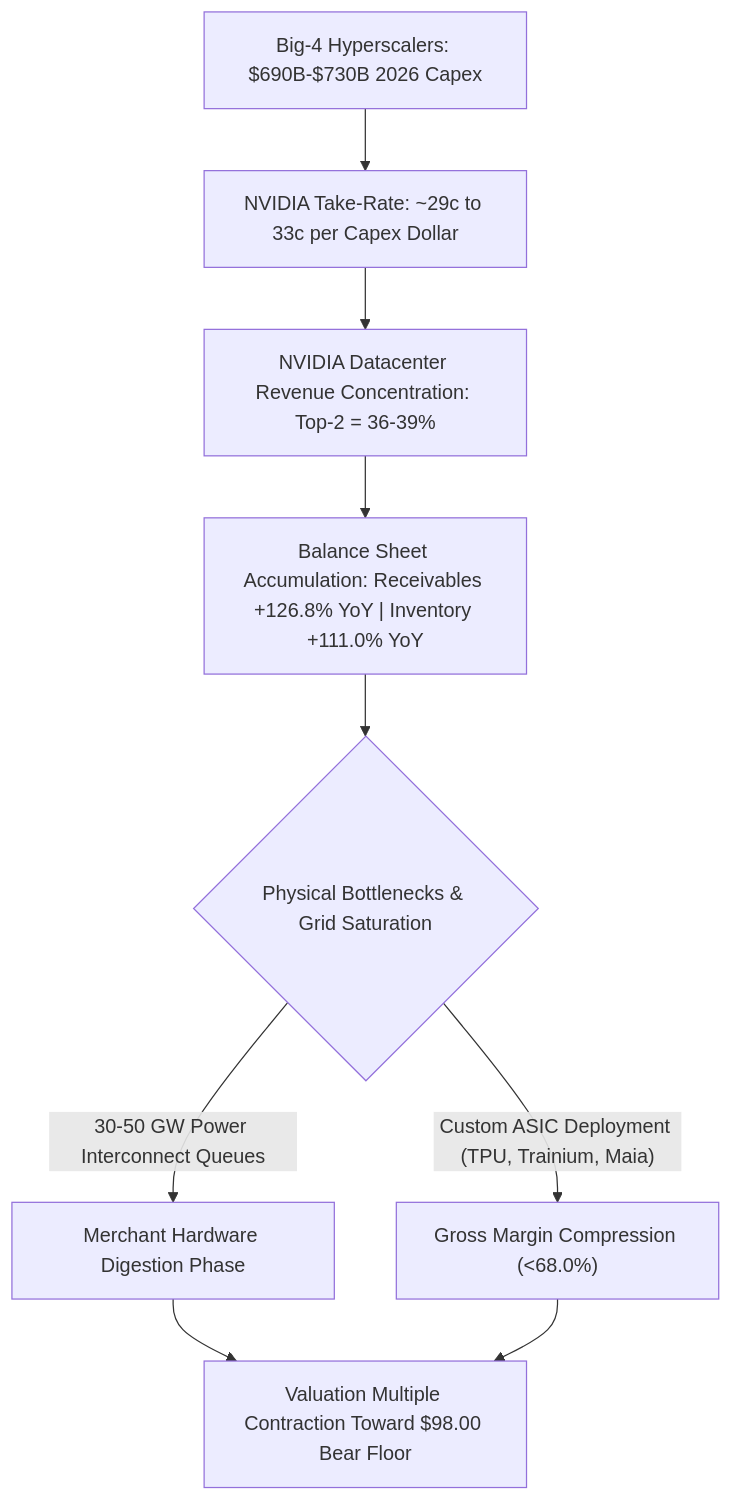
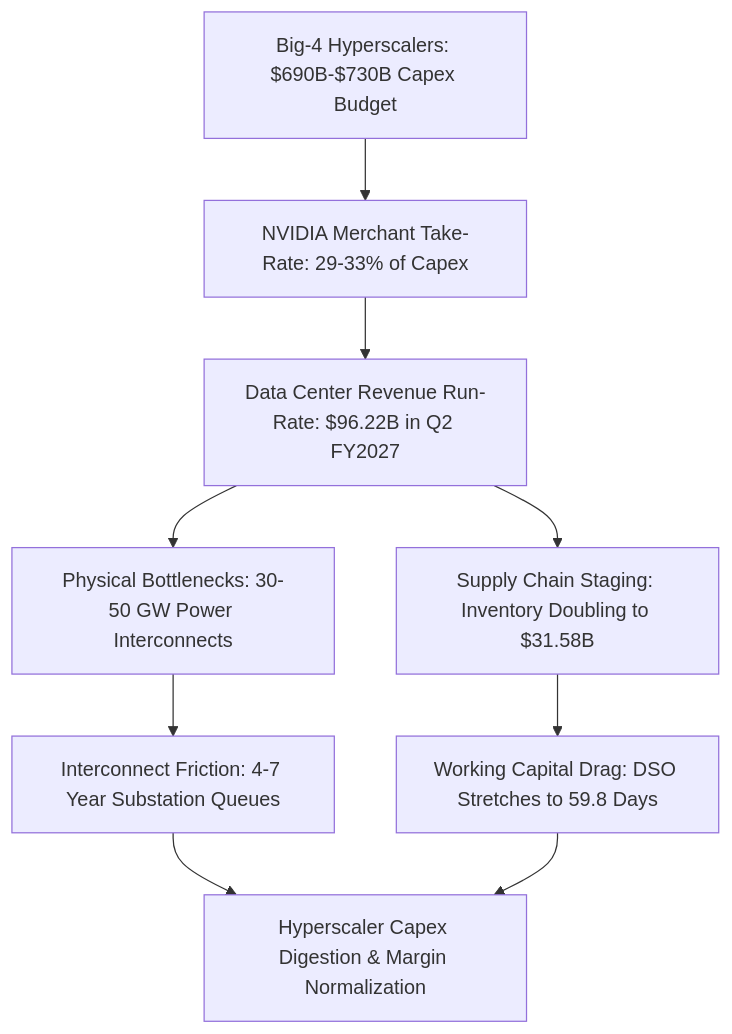
The first of 2 diagrams in web/src/content/articles/nvda-nvda-2026-09-28-002.md (Unheat/memeTrading), drawn with Mermaid before and after one commit. The commit also changed other lines of this file and 6 other files, not shown here.

````diff
--- a/web/src/content/articles/nvda-nvda-2026-09-28-002.md
+++ b/web/src/content/articles/nvda-nvda-2026-09-28-002.md
@@ -91,11 +93,11 @@
 ```mermaid
 flowchart TD
-  A["Big-4 Hyperscalers: $690B-$730B 2026 Capex"] --> B["NVIDIA Take-Rate: ~29c to 33c per Capex Dollar"]
-  B --> C["NVIDIA Datacenter Revenue Concentration: Top-2 = 36-39%"]
-  C --> D["Balance Sheet Accumulation: Receivables +126.8% YoY | Inventory +111.0% YoY"]
-  D --> E{"Physical Bottlenecks & Grid Saturation"}
-  E -->|"30-50 GW Power Interconnect Queues"| F["Merchant Hardware Digestion Phase"]
-  E -->|"Custom ASIC Deployment (TPU, Trainium, Maia)"| G["Gross Margin Compression (<68.0%)"]
-  F --> H["Valuation Multiple Contraction Toward $98.00 Bear Floor"]
-  G --> H
+A["Big-4 Hyperscalers: $690B-$730B Capex Budget"] --> B["NVIDIA Merchant Take-Rate: 29-33% of Capex"]
+B --> C["Data Center Revenue Run-Rate: $96.22B in Q2 FY2027"]
+C --> D["Physical Bottlenecks: 30-50 GW Power Interconnects"]
+C --> E["Supply Chain Staging: Inventory Doubling to $31.58B"]
+D --> F["Interconnect Friction: 4-7 Year Substation Queues"]
+E --> G["Working Capital Drag: DSO Stretches to 59.8 Days"]
+F --> H["Hyperscaler Capex Digestion & Margin Normalization"]
+G --> H
 ```
````
